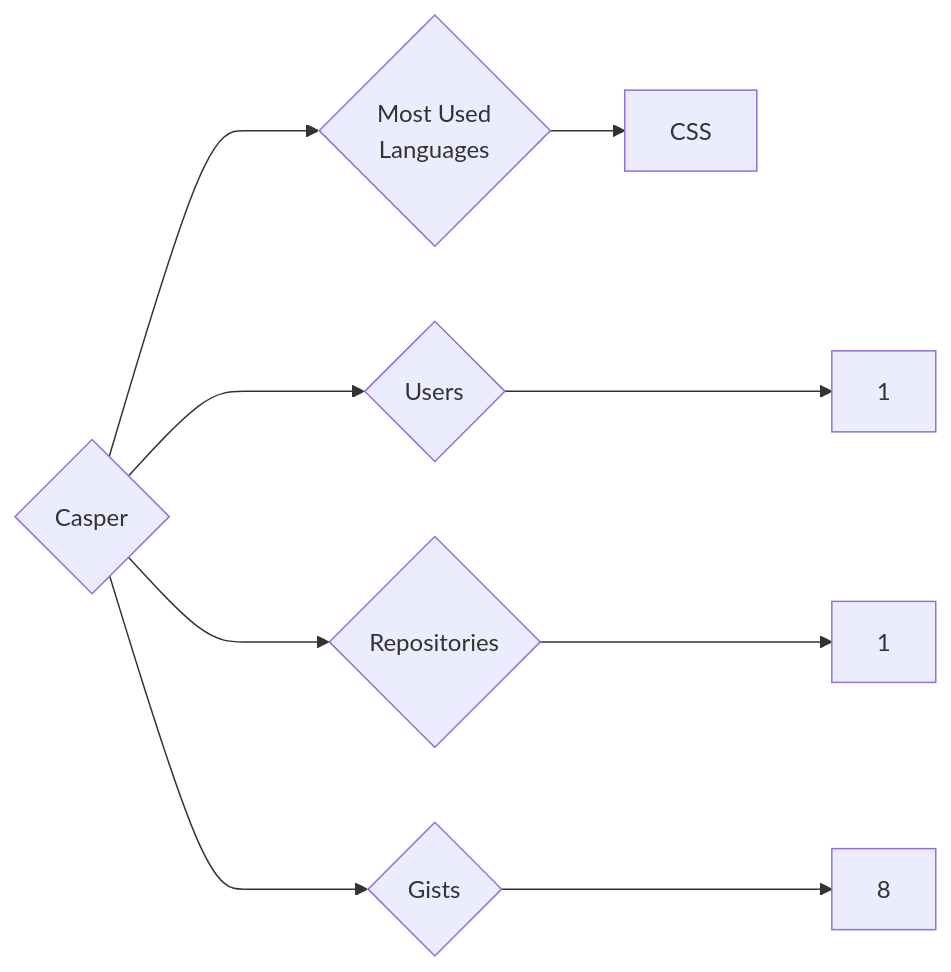
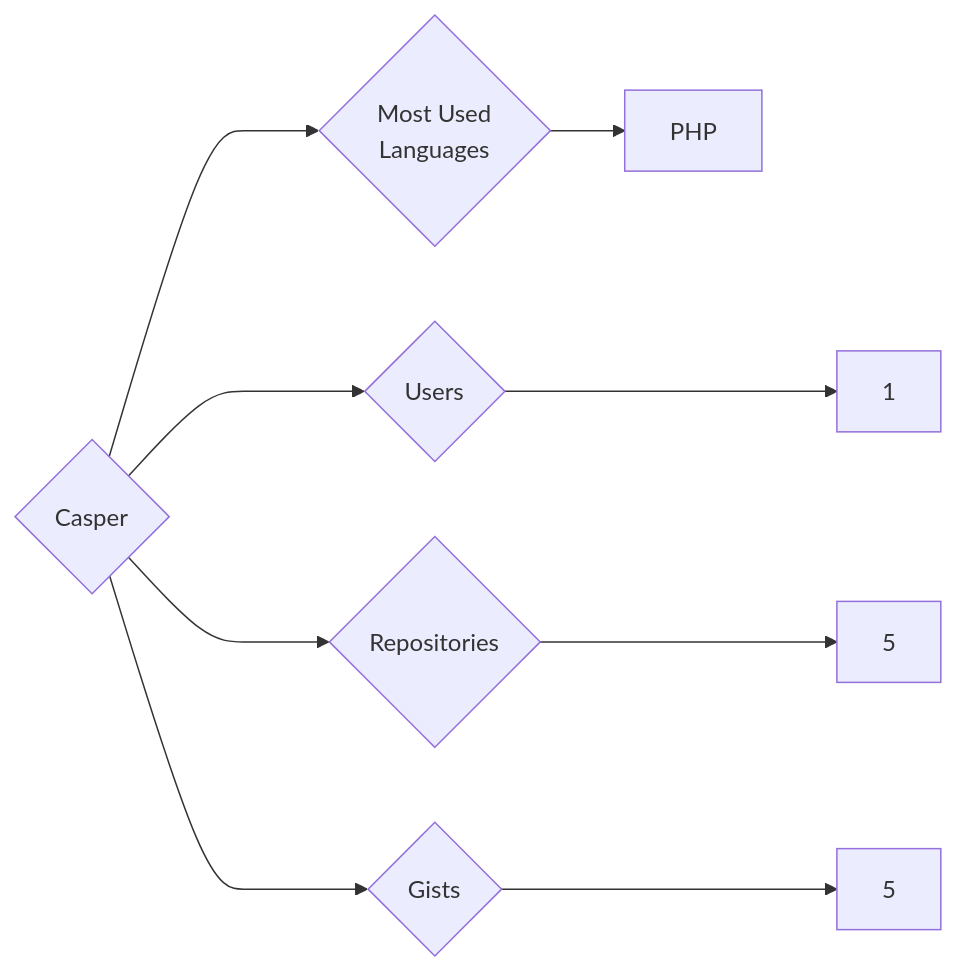
Before and after one commit to trickest/insiders: the diagram in targets/Casper/README.md, drawn with Mermaid. The commit also changed 873 other files, not shown here.

````diff
--- a/targets/Casper/README.md
+++ b/targets/Casper/README.md
@@ -3,9 +3,9 @@
 ```mermaid
 graph LR
 COMPANY_NAME{Casper}
 COMPANY_NAME ---> U{Users} ---> UN[1]
-COMPANY_NAME ---> R{Repositories} ---> RN[1]
-COMPANY_NAME ---> G{Gists} ---> GN[8]
+COMPANY_NAME ---> R{Repositories} ---> RN[5]
+COMPANY_NAME ---> G{Gists} ---> GN[5]
 COMPANY_NAME ---> ML{Most Used<br>Languages}
-ML --> CSS[CSS]
+ML --> PHP[PHP]
 ```
````
